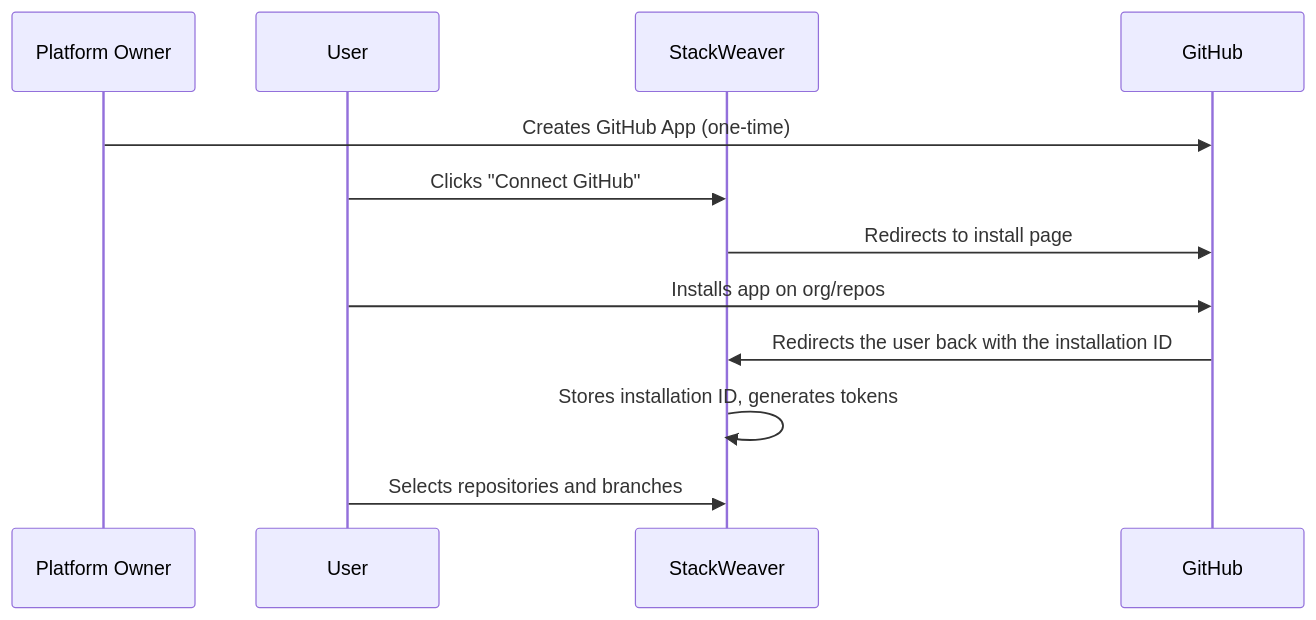
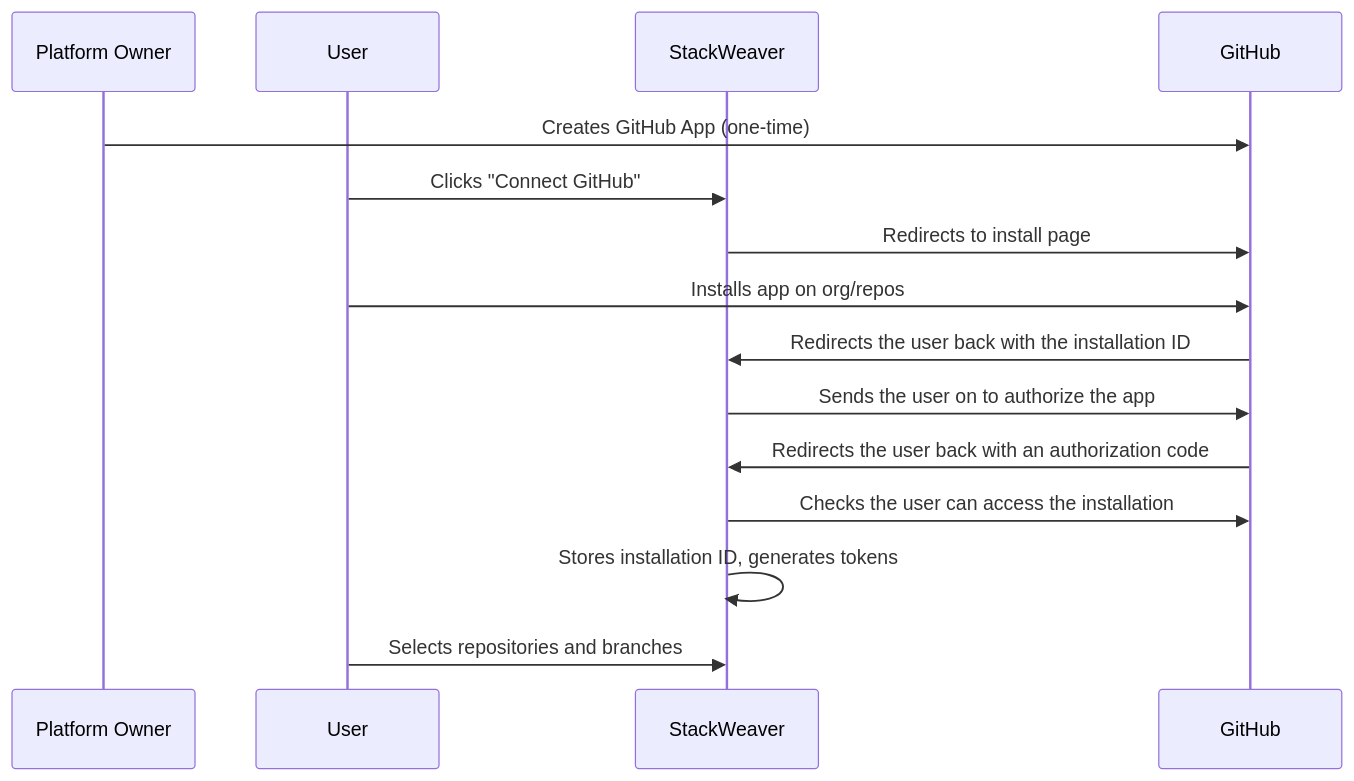
Before and after one commit to vhco-pro/stackweaver-frontend: the first of 2 diagrams in docs/user-guides/vcs/github-app.md, drawn with Mermaid. The commit also changed other lines of this file and 29 other files, not shown here.

````diff
--- a/docs/user-guides/vcs/github-app.md
+++ b/docs/user-guides/vcs/github-app.md
@@ -17,15 +17,18 @@
 ```mermaid
 sequenceDiagram
     participant Owner as Platform Owner
     participant User
     participant SW as StackWeaver
     participant GH as GitHub
 
     Owner->>GH: Creates GitHub App (one-time)
     User->>SW: Clicks "Connect GitHub"
     SW->>GH: Redirects to install page
     User->>GH: Installs app on org/repos
     GH->>SW: Redirects the user back with the installation ID
+    SW->>GH: Sends the user on to authorize the app
+    GH->>SW: Redirects the user back with an authorization code
+    SW->>GH: Checks the user can access the installation
     SW->>SW: Stores installation ID, generates tokens
     User->>SW: Selects repositories and branches
 ```
````
